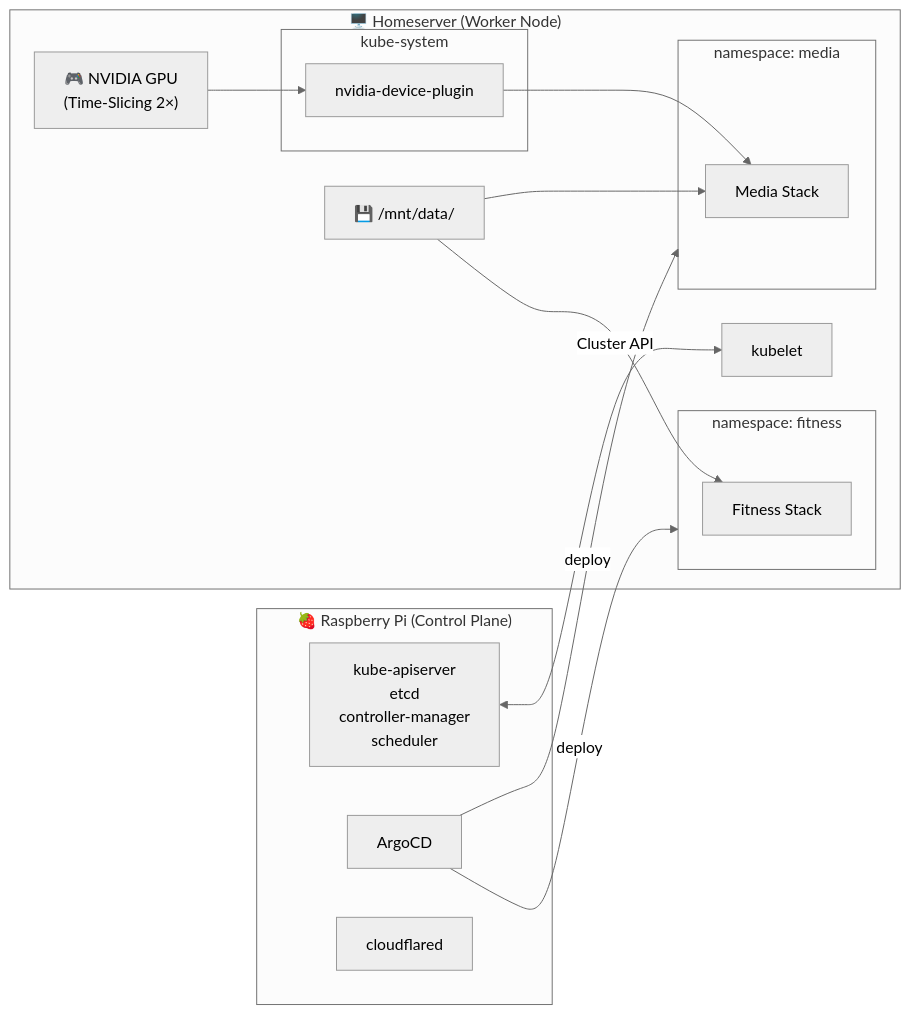
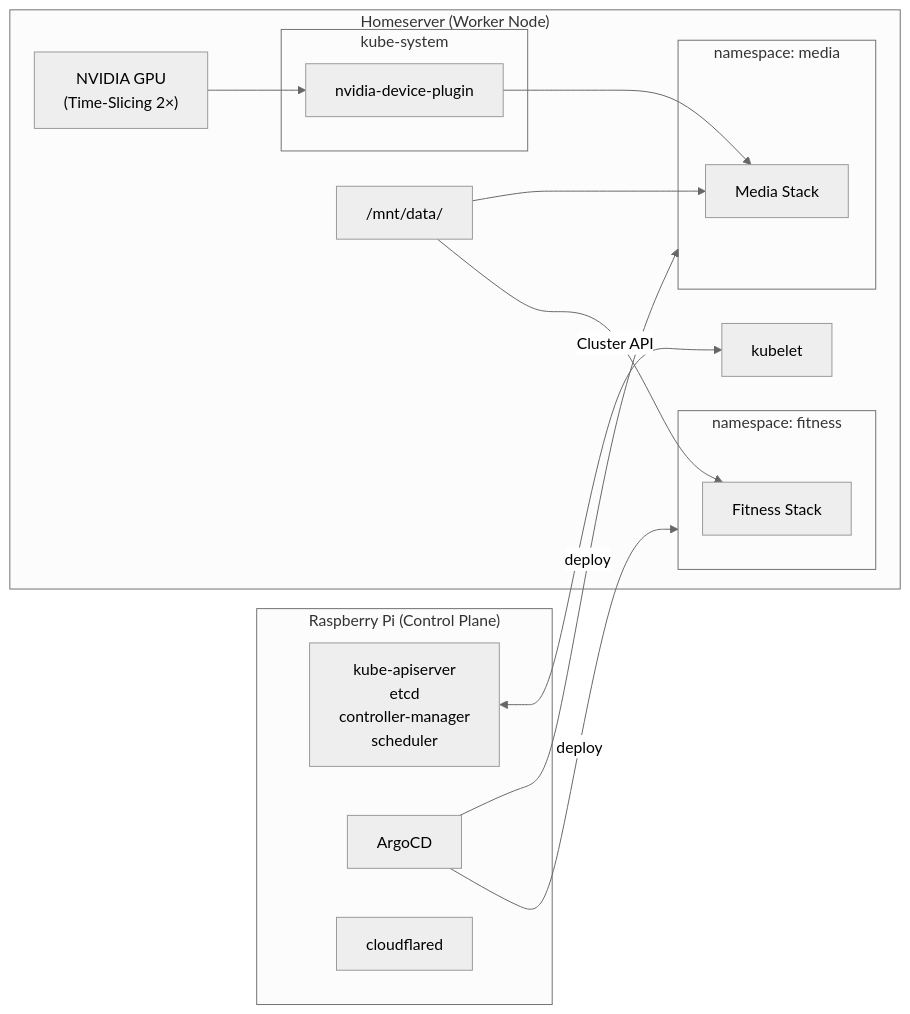
Before and after one commit to JanikHenz/my-homelab: the second of 6 diagrams in README.md, drawn with Mermaid (neutral theme). The commit also changed other lines of this file, not shown here.

````diff
--- a/README.md
+++ b/README.md
@@ -88,32 +88,32 @@
 ```mermaid
 graph LR
-    subgraph RASPY["🍓 Raspberry Pi (Control Plane)"]
+    subgraph RASPY["Raspberry Pi (Control Plane)"]
         CP["kube-apiserver\netcd\ncontroller-manager\nscheduler"]
         ARGO["ArgoCD"]
         CFD["cloudflared"]
     end
 
-    subgraph SERVER["🖥️ Homeserver (Worker Node)"]
+    subgraph SERVER["Homeserver (Worker Node)"]
         KW["kubelet"]
-        GPU["🎮 NVIDIA GPU\n(Time-Slicing 2×)"]
-        DISK["💾 /mnt/data/"]
+        GPU["NVIDIA GPU\n(Time-Slicing 2×)"]
+        DISK["/mnt/data/"]
 
         subgraph SYS["kube-system"]
             NDP["nvidia-device-plugin"]
         end
         subgraph MEDIA_NS["namespace: media"]
             MEDIA["Media Stack"]
         end
         subgraph FITNESS_NS["namespace: fitness"]
             FITNESS["Fitness Stack"]
         end
     end
 
     CP <-->|"Cluster API"| KW
     ARGO -->|"deploy"| MEDIA_NS
     ARGO -->|"deploy"| FITNESS_NS
     GPU --> NDP
     NDP --> MEDIA
     DISK --> MEDIA
     DISK --> FITNESS
 ```
````
